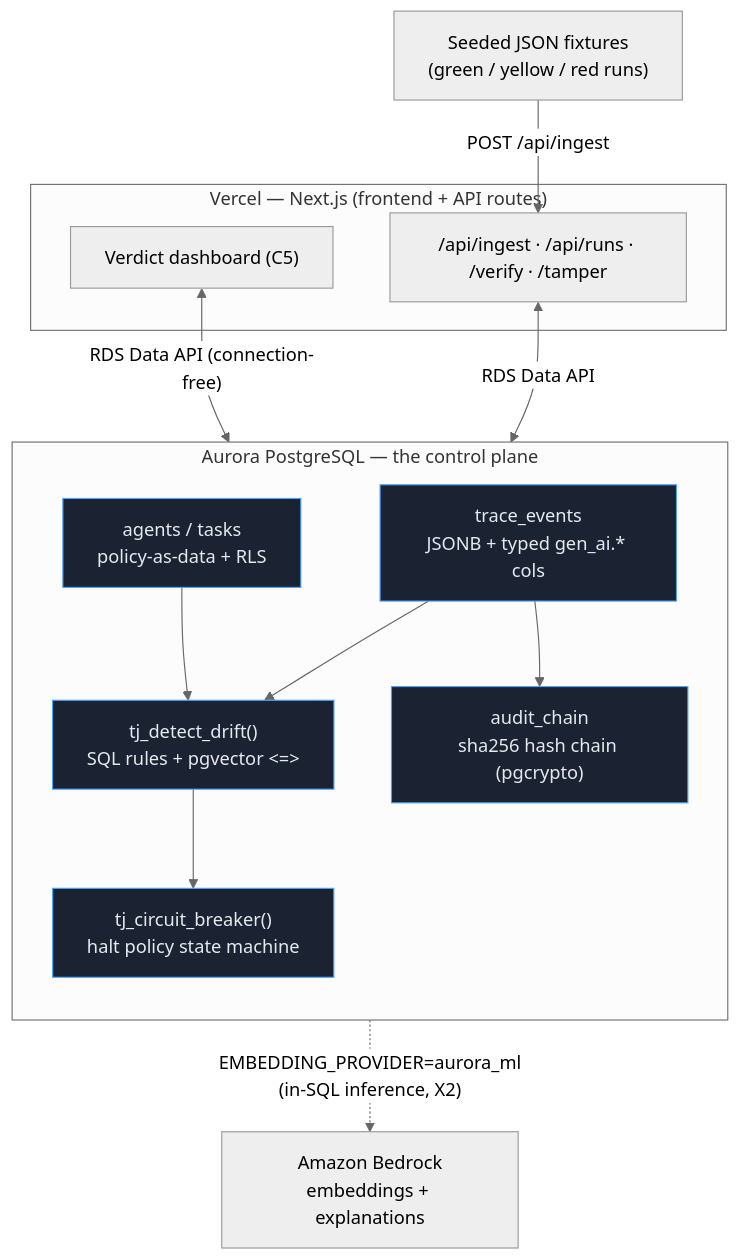
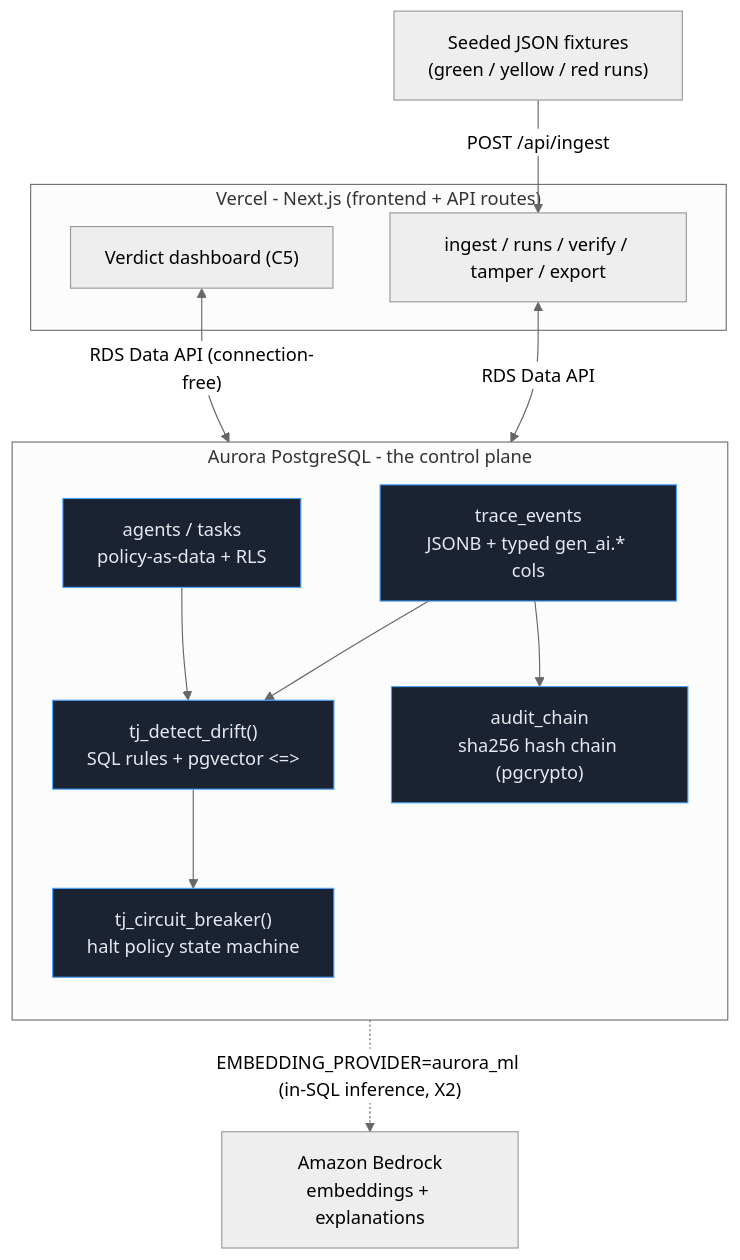
The diagram in README.md (pprenapurkar/heimdall), drawn with Mermaid (neutral theme) before and after one commit. The commit also changed other lines of this file and 33 other files, not shown here.

````diff
--- a/README.md
+++ b/README.md
@@ -36,31 +26,31 @@
 ```mermaid
 flowchart TD
-  subgraph Vercel["Vercel — Next.js (frontend + API routes)"]
+  subgraph Vercel["Vercel - Next.js (frontend + API routes)"]
     UI["Verdict dashboard (C5)"]
-    API["/api/ingest · /api/runs · /verify · /tamper"]
+    API["ingest / runs / verify / tamper / export"]
   end
 
-  subgraph Aurora["Aurora PostgreSQL — the control plane"]
+  subgraph Aurora["Aurora PostgreSQL - the control plane"]
     direction TB
     TS["trace_events<br/>JSONB + typed gen_ai.* cols"]
     POL["agents / tasks<br/>policy-as-data + RLS"]
     DRIFT["tj_detect_drift()<br/>SQL rules + pgvector &lt;=&gt;"]
     CHAIN["audit_chain<br/>sha256 hash chain (pgcrypto)"]
     CB["tj_circuit_breaker()<br/>halt policy state machine"]
   end
 
   Bedrock["Amazon Bedrock<br/>embeddings + explanations"]
   FIX["Seeded JSON fixtures<br/>(green / yellow / red runs)"]
 
   FIX -->|"POST /api/ingest"| API
   UI <-->|"RDS Data API (connection-free)"| Aurora
   API <-->|"RDS Data API"| Aurora
   POL --> DRIFT
   TS --> DRIFT
   TS --> CHAIN
   DRIFT --> CB
-  DRIFT -. "EMBEDDING_PROVIDER=aurora_ml<br/>(in-SQL inference, X2)" .-> Bedrock
+  DRIFT -. "EMBEDDING_PROVIDER=aurora_ml (in-SQL inference, X2)" .-> Bedrock
 
   classDef db fill:#1b2231,stroke:#4aa3ff,color:#e6e9ef;
   class TS,POL,DRIFT,CHAIN,CB db;
 ```
````
